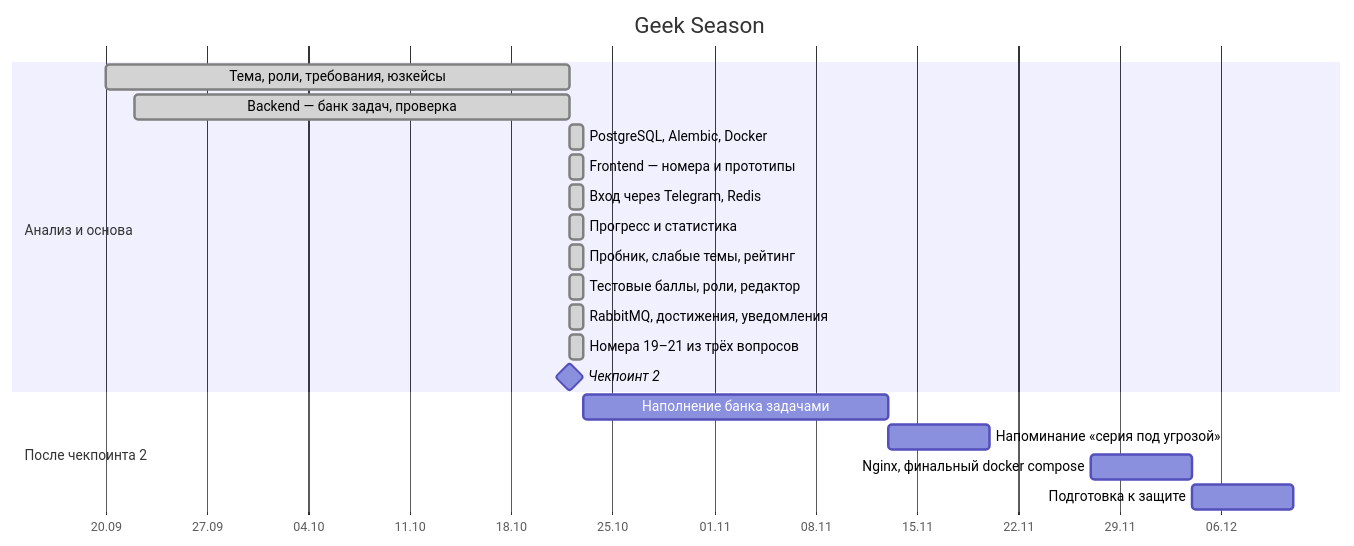
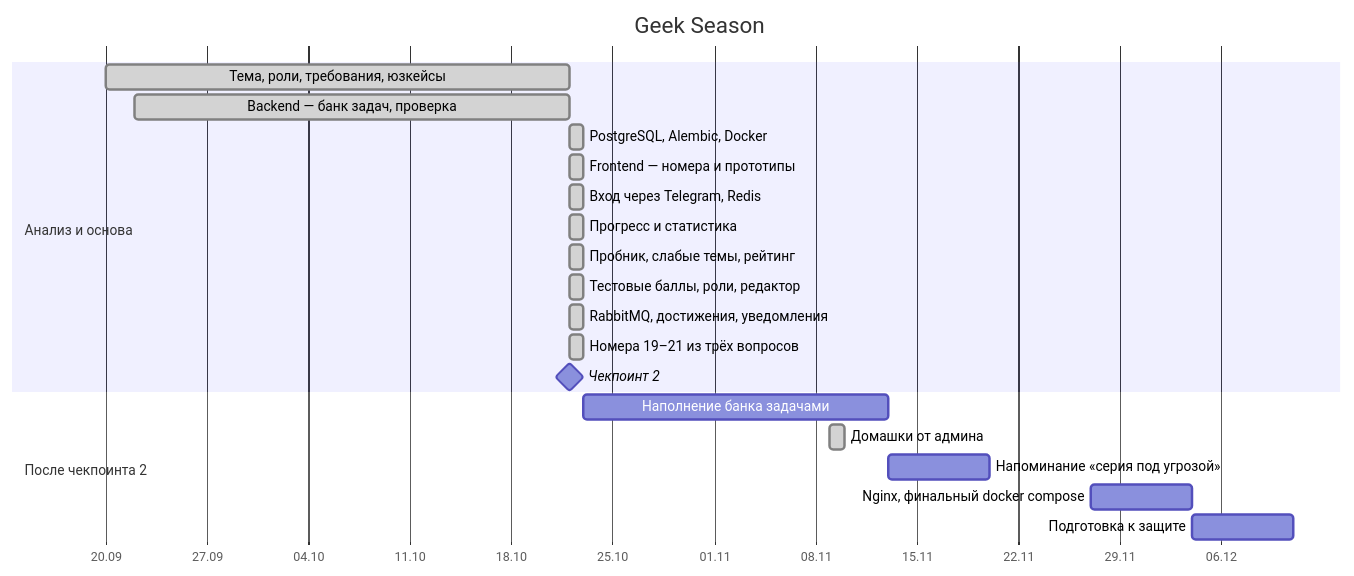
The diagram in plan/roadmap.md (Geek-Season/docs), drawn with Mermaid before and after one commit. The commit also changed 4 other files, not shown here.

First line of the commit message:
Домашки: OpenAPI 0.12.0, контракты API, ERD, требования и роадмап

````diff
--- a/plan/roadmap.md
+++ b/plan/roadmap.md
@@ -7,25 +7,26 @@
 ```mermaid
 gantt
     title Geek Season
     dateFormat YYYY-MM-DD
     axisFormat %d.%m
 
     section Анализ и основа
     Тема, роли, требования, юзкейсы     :done, a1, 2026-09-20, 2026-10-22
     Backend — банк задач, проверка       :done, a2, 2026-09-22, 2026-10-22
     PostgreSQL, Alembic, Docker          :done, a3, 2026-10-22, 1d
     Frontend — номера и прототипы        :done, a4, 2026-10-22, 1d
     Вход через Telegram, Redis           :done, a5, 2026-10-22, 1d
     Прогресс и статистика                :done, a6, 2026-10-22, 1d
     Пробник, слабые темы, рейтинг        :done, a7, 2026-10-22, 1d
     Тестовые баллы, роли, редактор       :done, a8, 2026-10-22, 1d
     RabbitMQ, достижения, уведомления    :done, a9, 2026-10-22, 1d
     Номера 19–21 из трёх вопросов        :done, a10, 2026-10-22, 1d
     Чекпоинт 2                           :milestone, m2, 2026-10-22, 0d
 
     section После чекпоинта 2
     Наполнение банка задачами            :b2, 2026-10-23, 21d
+    Домашки от админа                    :done, b9, 2026-11-09, 1d
     Напоминание «серия под угрозой»      :b6, 2026-11-13, 7d
     Nginx, финальный docker compose      :b7, 2026-11-27, 7d
     Подготовка к защите                  :b8, 2026-12-04, 7d
 ```
````
